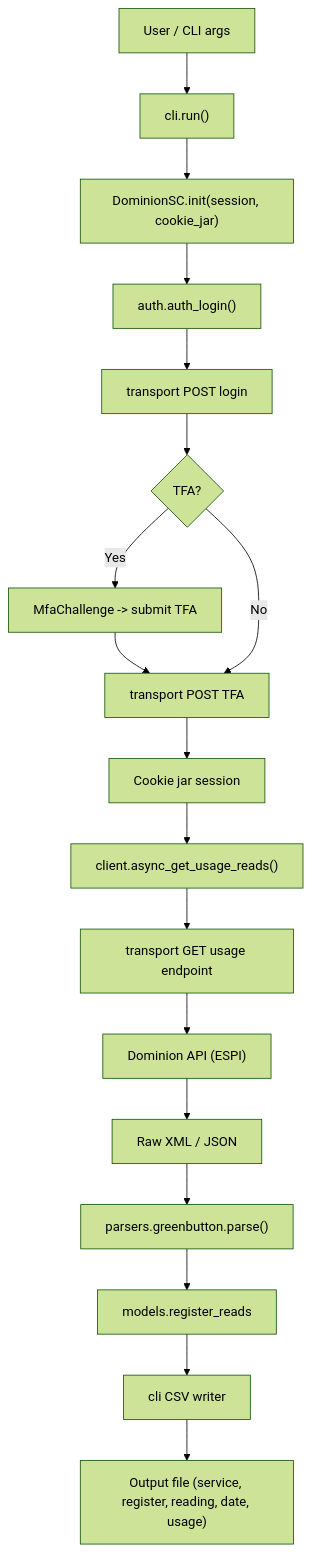
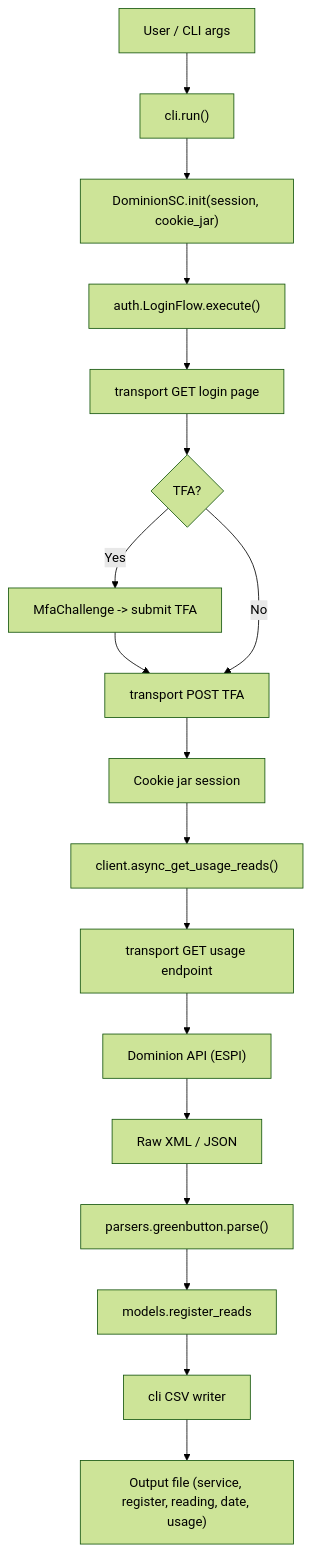
Before and after one commit to hype8912/dominion-sc-power: the second of 2 diagrams in docs/architecture/03-data-flow.md, drawn with Mermaid (forest theme). The commit also changed other lines of this file and 7 other files, not shown here.

````diff
--- a/docs/architecture/03-data-flow.md
+++ b/docs/architecture/03-data-flow.md
@@ -50,20 +50,20 @@
 ```mermaid
 flowchart TD
     A["User / CLI args"] --> B["cli.run()"]
     B --> C["DominionSC.init(session, cookie_jar)"]
-    C --> D["auth.auth_login()"]
-    D --> E["transport POST login"]
+    C --> D["auth.LoginFlow.execute()"]
+    D --> E["transport GET login page"]
     E --> F{"TFA?"}
     F -- Yes --> G["MfaChallenge -> submit TFA"]
     G --> H["transport POST TFA"]
     F -- No --> H
     H --> I["Cookie jar session"]
     I --> J["client.async_get_usage_reads()"]
     J --> K["transport GET usage endpoint"]
     K --> L["Dominion API (ESPI)"]
     L --> M["Raw XML / JSON"]
     M --> N["parsers.greenbutton.parse()"]
     N --> O["models.register_reads"]
     O --> P["cli CSV writer"]
     P --> Q["Output file (service, register, reading, date, usage)"]
 ```
````
